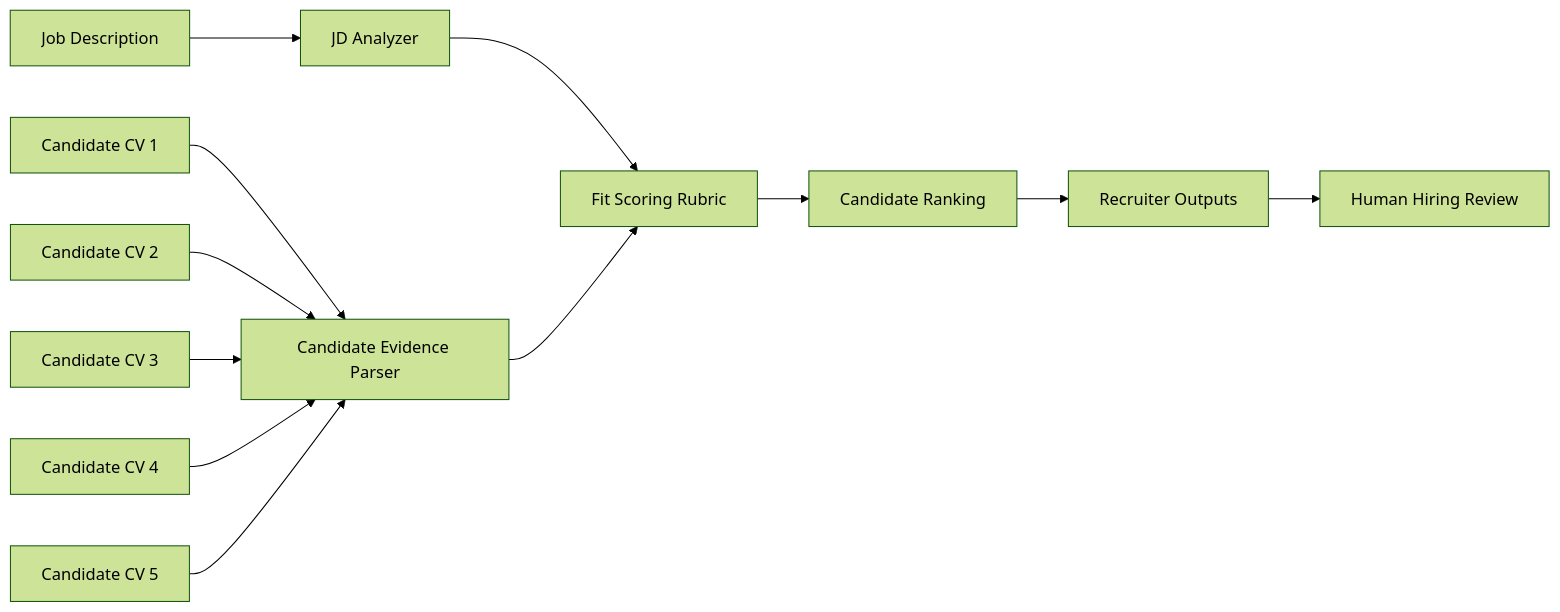
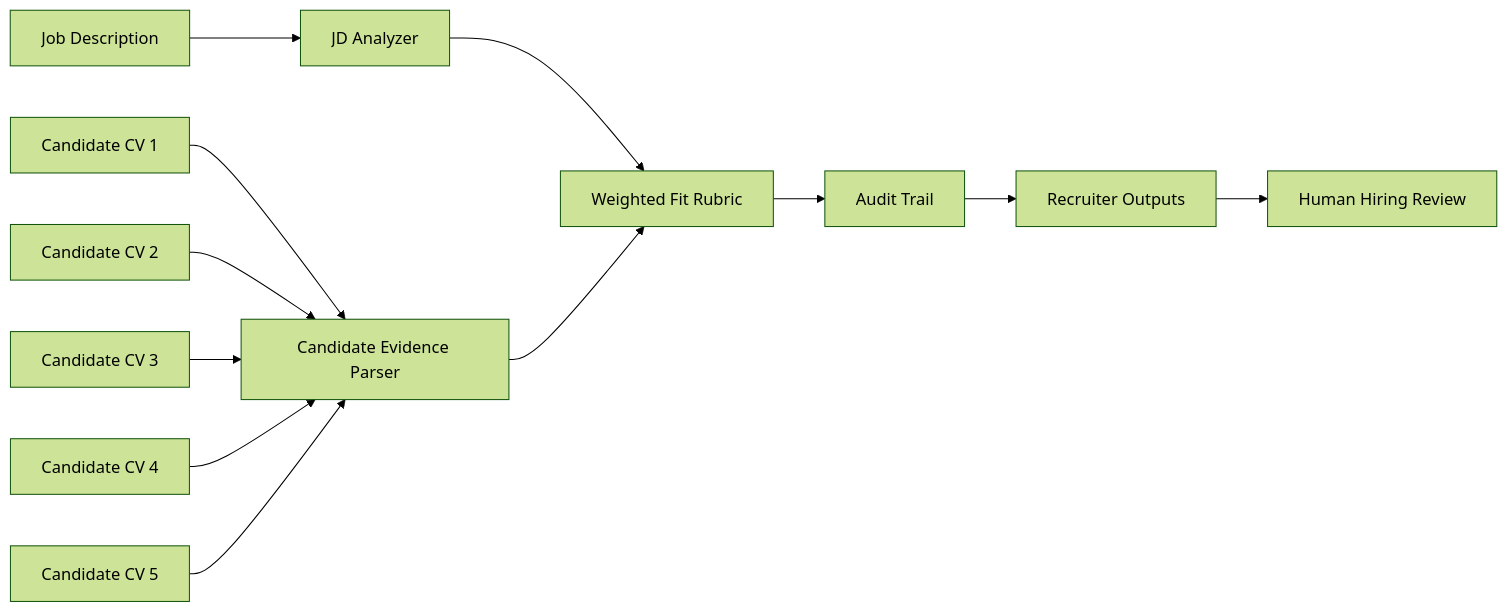
The first of 5 diagrams in candidate-fit-showcase/README.md (TengKianBoon/TengKianBoon), drawn with Mermaid (forest theme) before and after one commit. The commit also changed other lines of this file, not shown here.

````diff
--- a/candidate-fit-showcase/README.md
+++ b/candidate-fit-showcase/README.md
@@ -16,14 +32,14 @@
 ```mermaid
 flowchart LR
-  JD[Job Description] --> Analyzer[JD Analyzer]
-  C1[Candidate CV 1] --> Parser[Candidate Evidence Parser]
-  C2[Candidate CV 2] --> Parser
-  C3[Candidate CV 3] --> Parser
-  C4[Candidate CV 4] --> Parser
-  C5[Candidate CV 5] --> Parser
-  Analyzer --> Rubric[Fit Scoring Rubric]
+  JD["Job Description"] --> Analyzer["JD Analyzer"]
+  C1["Candidate CV 1"] --> Parser["Candidate Evidence Parser"]
+  C2["Candidate CV 2"] --> Parser
+  C3["Candidate CV 3"] --> Parser
+  C4["Candidate CV 4"] --> Parser
+  C5["Candidate CV 5"] --> Parser
+  Analyzer --> Rubric["Weighted Fit Rubric"]
   Parser --> Rubric
-  Rubric --> Rank[Candidate Ranking]
-  Rank --> Outputs[Recruiter Outputs]
-  Outputs --> Human[Human Hiring Review]
+  Rubric --> Audit["Audit Trail"]
+  Audit --> Outputs["Recruiter Outputs"]
+  Outputs --> Human["Human Hiring Review"]
 ```
````
